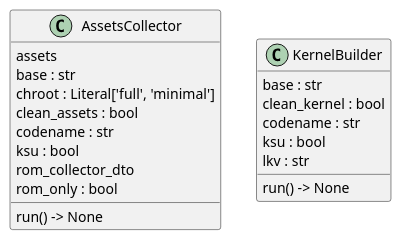
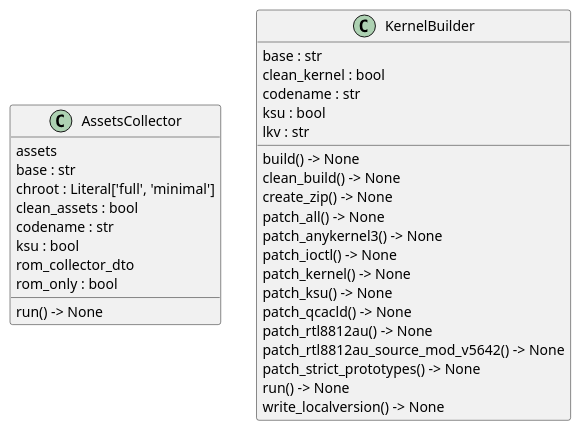
Before and after one commit to seppzer0/zero_kernel: the diagram in docs/architecture/core/classes.puml, drawn with PlantUML. The commit also changed 13 other files, not shown here.

```diff
--- a/docs/architecture/core/classes.puml
+++ b/docs/architecture/core/classes.puml
@@ -1,22 +1,35 @@
 @startuml classes
 set namespaceSeparator none
 class "AssetsCollector" as core.assets_collector.AssetsCollector {
   assets
   base : str
   chroot : Literal['full', 'minimal']
   clean_assets : bool
   codename : str
   ksu : bool
   rom_collector_dto
   rom_only : bool
   run() -> None
 }
 class "KernelBuilder" as core.kernel_builder.KernelBuilder {
   base : str
   clean_kernel : bool
   codename : str
   ksu : bool
   lkv : str
+  build() -> None
+  clean_build() -> None
+  create_zip() -> None
+  patch_all() -> None
+  patch_anykernel3() -> None
+  patch_ioctl() -> None
+  patch_kernel() -> None
+  patch_ksu() -> None
+  patch_qcacld() -> None
+  patch_rtl8812au() -> None
+  patch_rtl8812au_source_mod_v5642() -> None
+  patch_strict_prototypes() -> None
   run() -> None
+  write_localversion() -> None
 }
 @enduml
```
